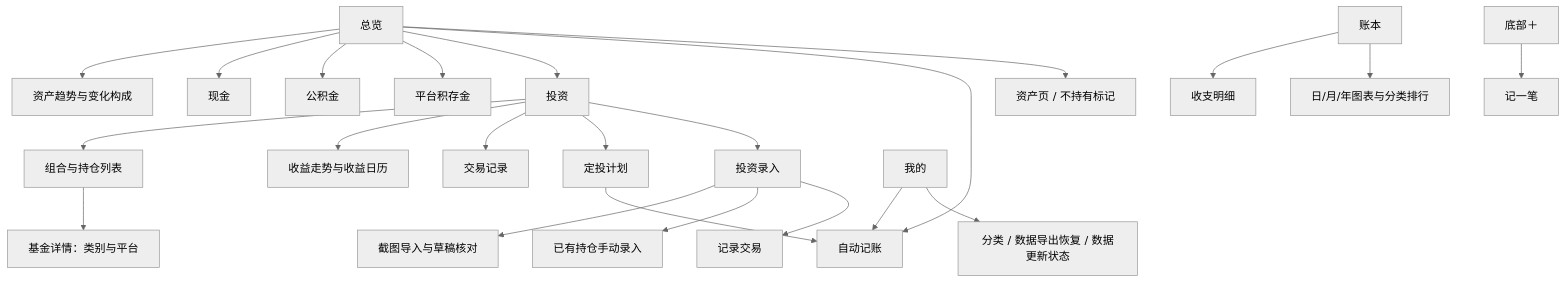
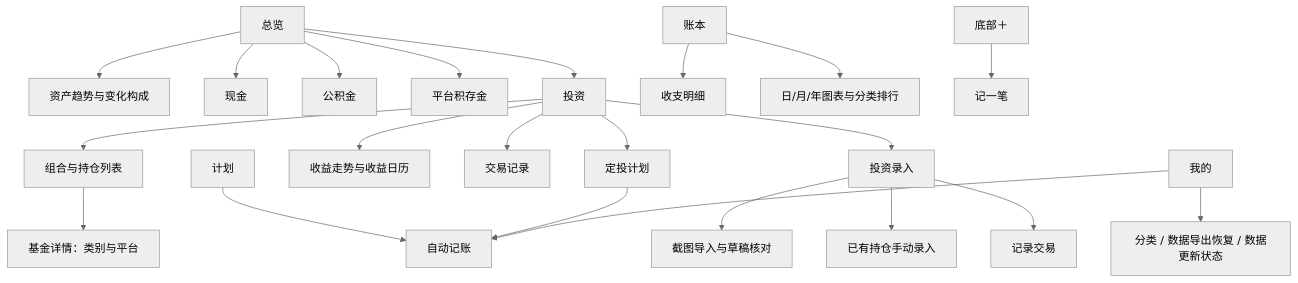
One commit to zhousl0801/LifeUp changed the first of 4 diagrams in docs/product/LifeUp-产品设计文档-V1.1.md. Above: the diagram before and after it, drawn with Mermaid (neutral theme). The commit also changed other lines of this file and 5 other files, not shown here.

````diff
--- a/docs/product/LifeUp-产品设计文档-V1.1.md
+++ b/docs/product/LifeUp-产品设计文档-V1.1.md
@@ -95,25 +95,24 @@
 ```mermaid
 flowchart TD
     Home[总览] --> Trend[资产趋势与变化构成]
     Home --> Cash[现金]
     Home --> PF[公积金]
     Home --> Gold[平台积存金]
     Home --> Invest[投资]
-    Home --> Plans[自动记账]
-    Home --> Assets[资产页 / 不持有标记]
+    PlanNav[计划] --> Plans[自动记账]
     Ledger[账本] --> Details[收支明细]
     Ledger --> Charts[日/月/年图表与分类排行]
     Plus[底部＋] --> Entry[记一笔]
     Invest --> Holdings[组合与持仓列表]
     Holdings --> Fund[基金详情：类别与平台]
     Invest --> Returns[收益走势与收益日历]
     Invest --> Trades[交易记录]
     Invest --> Recurring[定投计划]
     Invest --> Add[投资录入]
     Add --> Import[截图导入与草稿核对]
     Add --> Manual[已有持仓手动录入]
     Add --> Trade[记录交易]
     Recurring --> Plans
     Mine[我的] --> Plans
     Mine --> Settings[分类 / 数据导出恢复 / 数据更新状态]
 ```
````
